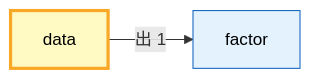
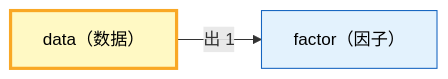
One commit to xuanFelixVan/ZephyrAlpha changed the second of 2 diagrams in docs/02_enterprise_architecture/06_decision_architecture/06_decision_l2a_data.md. Above: the diagram before and after it, drawn with Mermaid. The commit also changed other lines of this file and 22 other files, not shown here.

First line of the commit message:
docs(decision_arch): 双语标题+跨域图+索引表头跳转链接

````diff
--- a/docs/02_enterprise_architecture/06_decision_architecture/06_decision_l2a_data.md
+++ b/docs/02_enterprise_architecture/06_decision_architecture/06_decision_l2a_data.md
@@ -83,9 +83,9 @@
 ```mermaid
 flowchart LR
-    SELF["data"]:::selfDomain
-    EXT_factor["factor"]:::extDomain
+    SELF["data（数据）"]:::selfDomain
+    EXT_factor["factor（因子）"]:::extDomain
     SELF -->|出 1| EXT_factor
 
     classDef selfDomain fill:#fff9c4,stroke:#f9a825,stroke-width:3px,color:#000
     classDef extDomain fill:#e3f2fd,stroke:#1565c0,stroke-width:1px,color:#000
 ```
````
